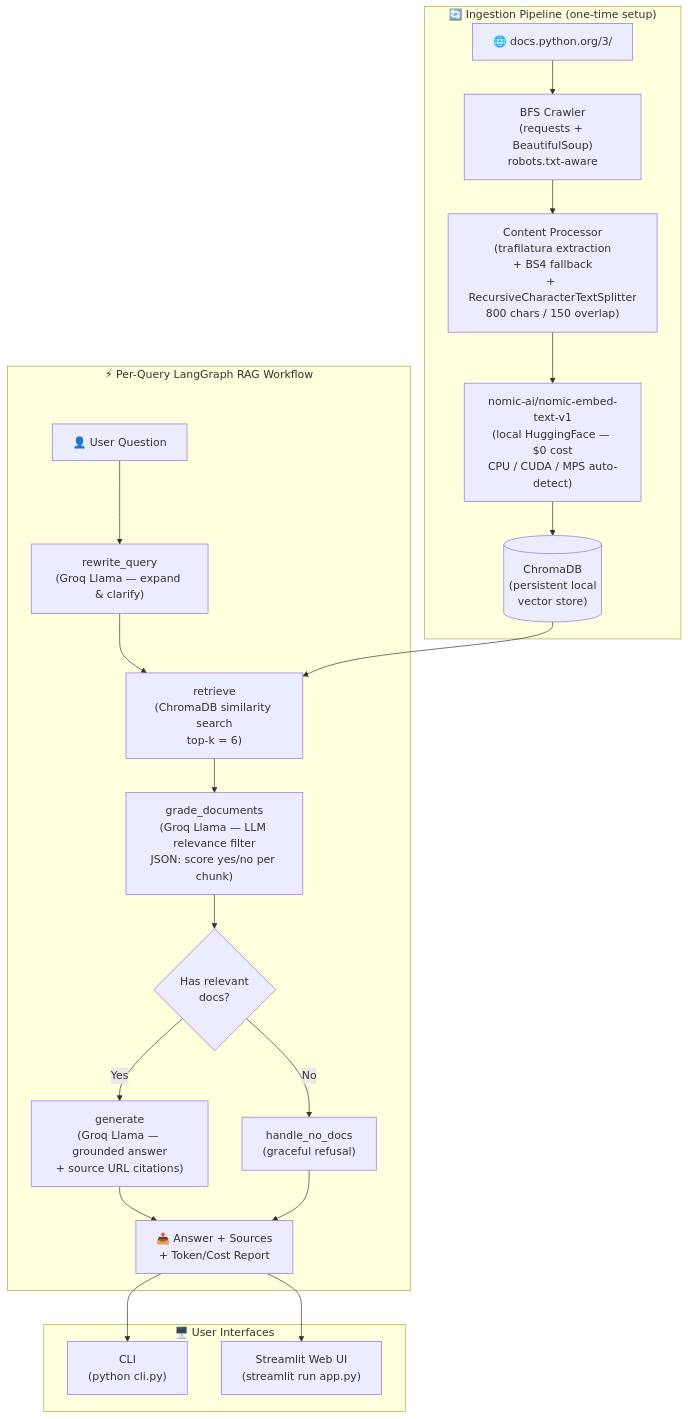
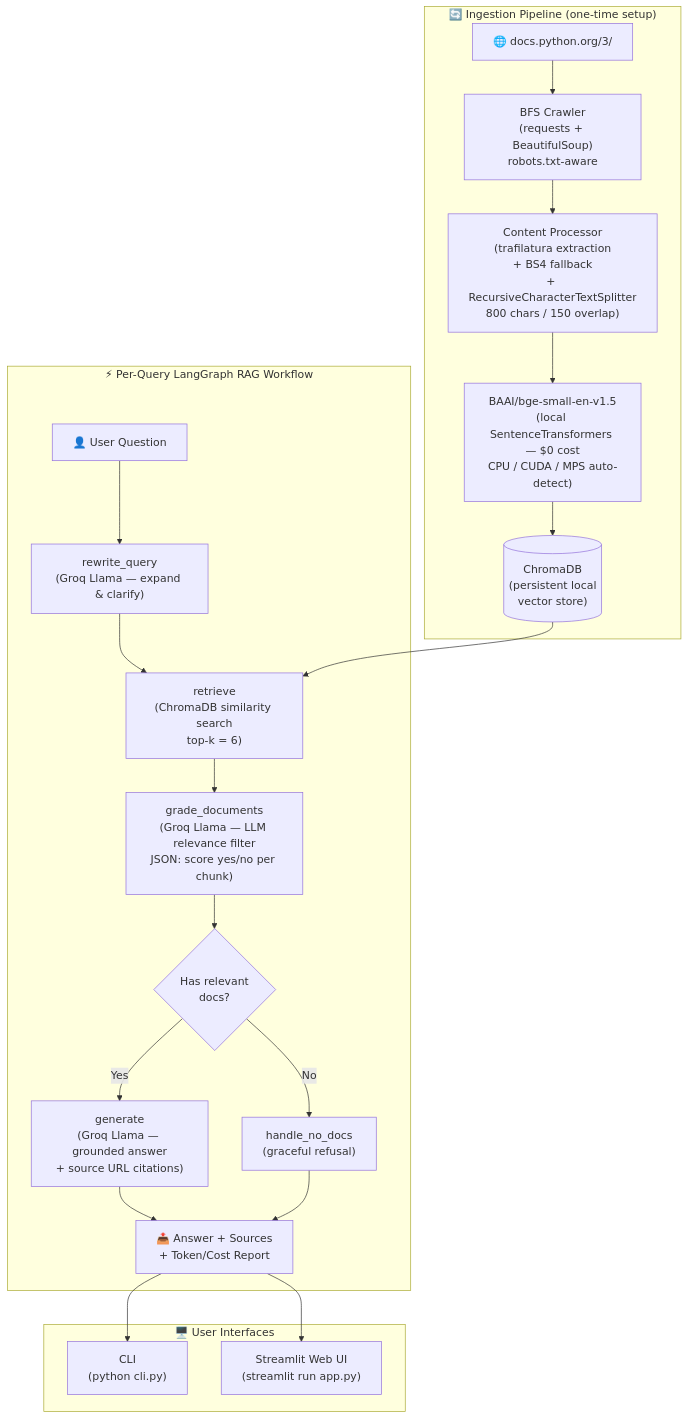
One commit to AshishS1709/RAG-CRAWLER changed the diagram in README.md. Above: the diagram before and after it, drawn with Mermaid. The commit also changed other lines of this file and 9 other files, not shown here.

````diff
--- a/README.md
+++ b/README.md
@@ -11,27 +11,27 @@
 ```mermaid
 flowchart TD
     subgraph INGESTION ["🔄 Ingestion Pipeline (one-time setup)"]
         A["🌐 docs.python.org/3/"] --> B["BFS Crawler\n(requests + BeautifulSoup)\nrobots.txt-aware"]
         B --> C["Content Processor\n(trafilatura extraction\n+ BS4 fallback\n+ RecursiveCharacterTextSplitter\n800 chars / 150 overlap)"]
-        C --> D["nomic-ai/nomic-embed-text-v1\n(local HuggingFace — $0 cost\nCPU / CUDA / MPS auto-detect)"]
+        C --> D["BAAI/bge-small-en-v1.5\n(local SentenceTransformers — $0 cost\nCPU / CUDA / MPS auto-detect)"]
         D --> E[("ChromaDB\n(persistent local\nvector store)")]
     end
 
     subgraph QUERY ["⚡ Per-Query LangGraph RAG Workflow"]
         F["👤 User Question"] --> G["rewrite_query\n(Groq Llama — expand & clarify)"]
         G --> H["retrieve\n(ChromaDB similarity search\ntop-k = 6)"]
         H --> I["grade_documents\n(Groq Llama — LLM relevance filter\nJSON: score yes/no per chunk)"]
         I --> J{"Has relevant\ndocs?"}
         J -- Yes --> K["generate\n(Groq Llama — grounded answer\n+ source URL citations)"]
         J -- No --> L["handle_no_docs\n(graceful refusal)"]
         K --> M["📤 Answer + Sources\n+ Token/Cost Report"]
         L --> M
     end
 
     subgraph INTERFACES ["🖥️ User Interfaces"]
         M --> N["CLI\n(python cli.py)"]
         M --> O["Streamlit Web UI\n(streamlit run app.py)"]
     end
 
     E --> H
 ```
````
